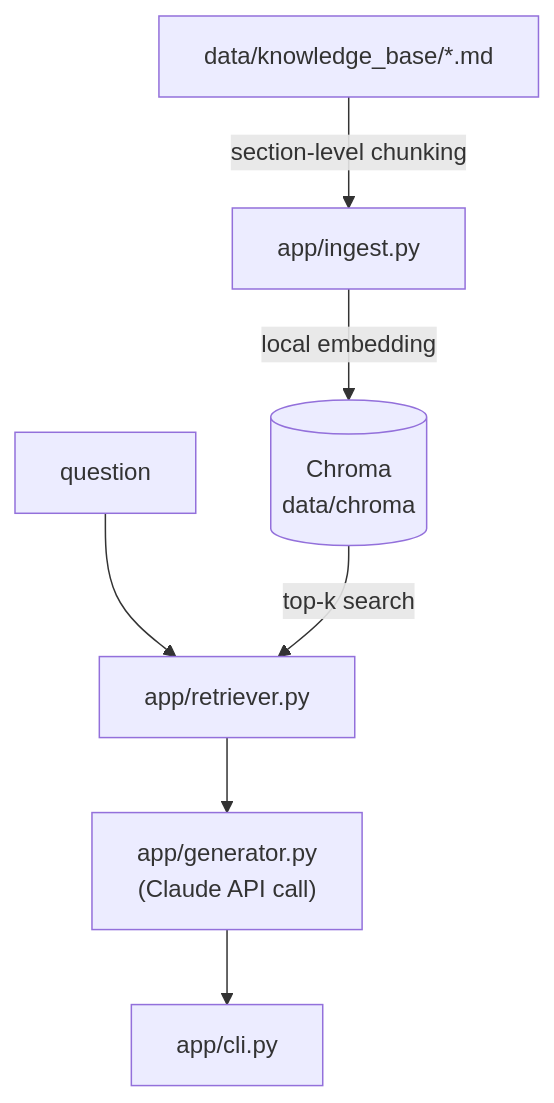
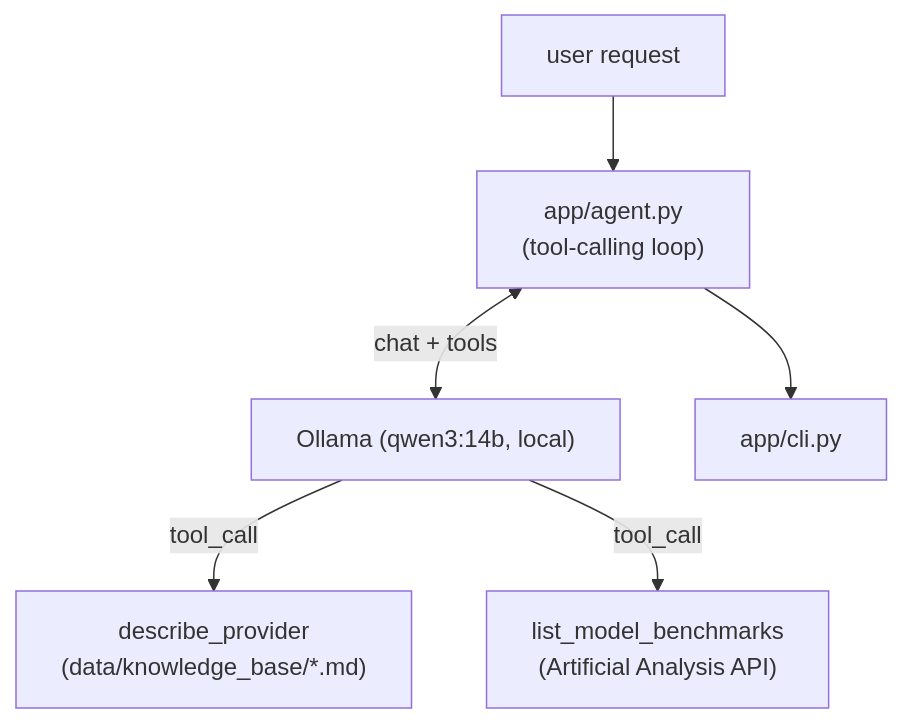
Before and after one commit to agent-practice/agent_practice_vien: the diagram in README.en.md, drawn with Mermaid. The commit also changed other lines of this file and 28 other files, not shown here.

First line of the commit message:
♻️ refactor: RAG(Chroma+Claude API) → 벤치마크 조회 agent(Ollama+Qwen)로 전환

````diff
--- a/README.en.md
+++ b/README.en.md
@@ -18,9 +21,8 @@
 ```mermaid
 flowchart TD
-    KB["data/knowledge_base/*.md"] -->|section-level chunking| ING["app/ingest.py"]
-    ING -->|local embedding| CHR[("Chroma\ndata/chroma")]
-    Q["question"] --> RET["app/retriever.py"]
-    CHR -->|top-k search| RET
-    RET --> GEN["app/generator.py\n(Claude API call)"]
-    GEN --> CLI["app/cli.py"]
+    U["user request"] --> AG["app/agent.py\n(tool-calling loop)"]
+    AG <-->|"chat + tools"| OL["Ollama (qwen3:14b, local)"]
+    OL -->|tool_call| DP["describe_provider\n(data/knowledge_base/*.md)"]
+    OL -->|tool_call| LB["list_model_benchmarks\n(Artificial Analysis API)"]
+    AG --> CLI["app/cli.py"]
 ```
````
